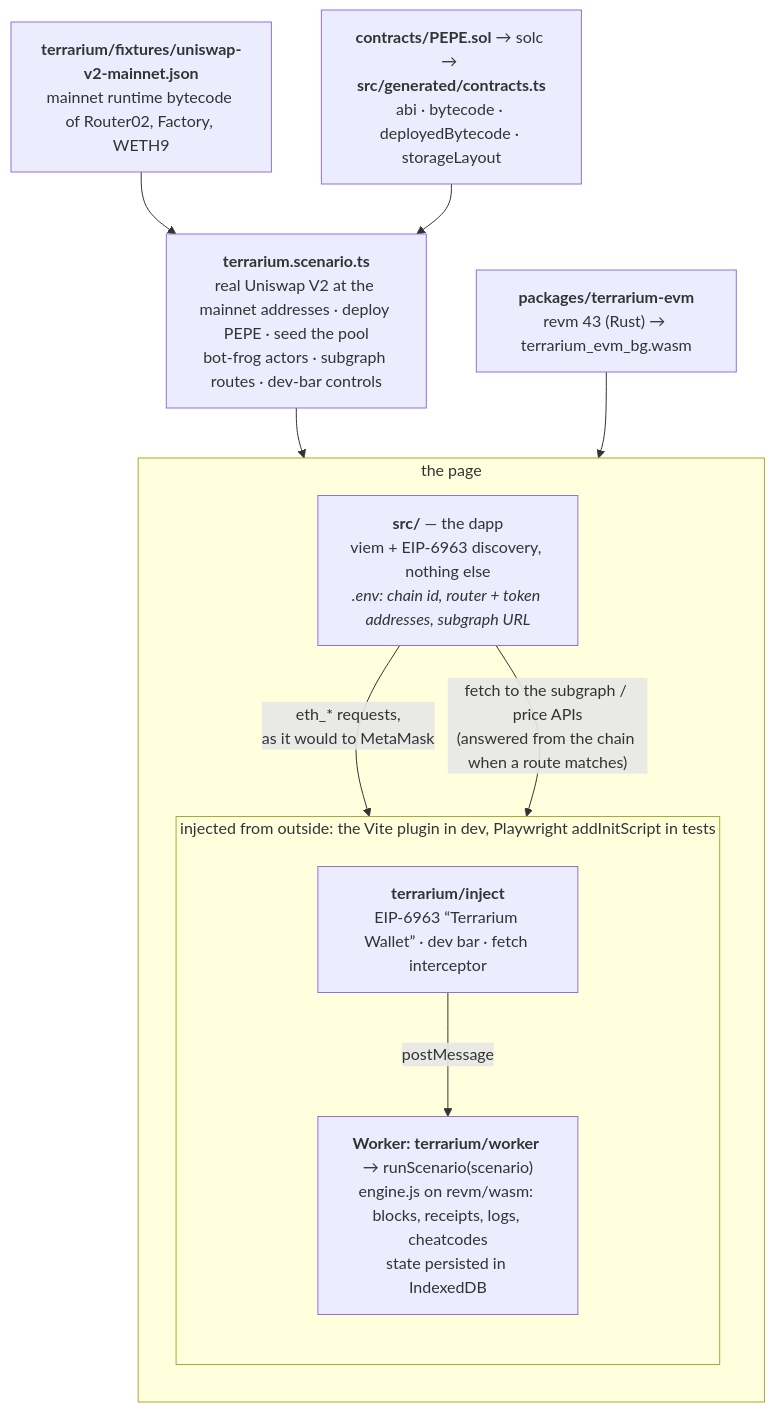
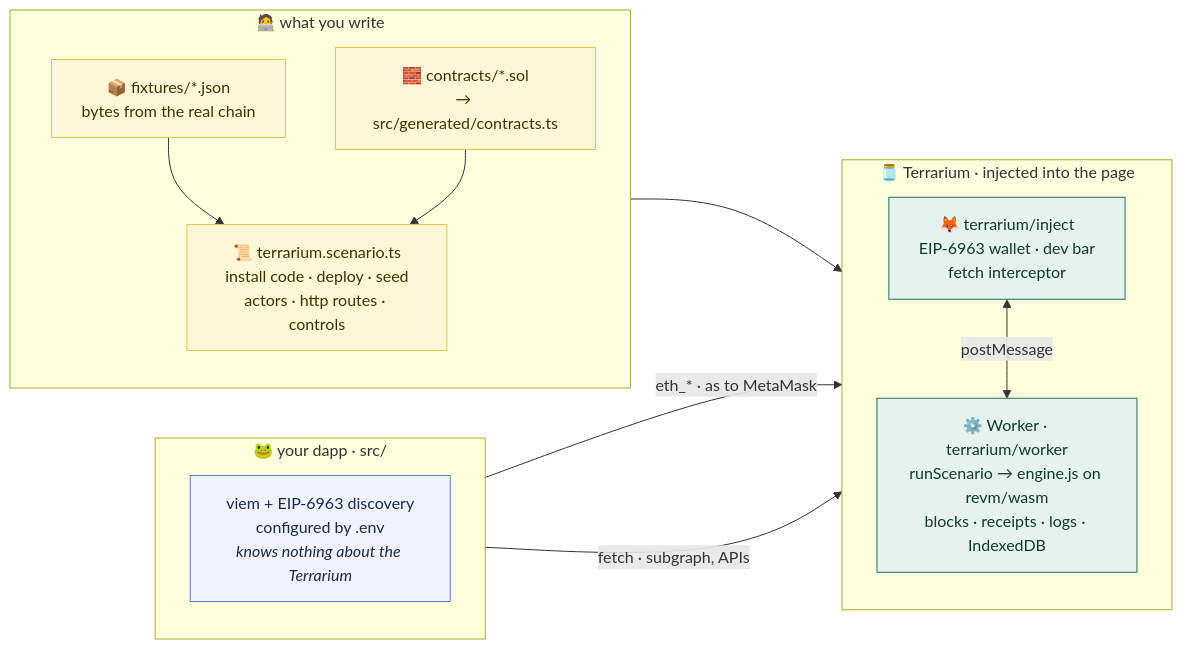
One commit to damarnez/terrarium changed the diagram in README.md. Above: the diagram before and after it, drawn with Mermaid. The commit also changed other lines of this file and 5 other files, not shown here.

````diff
--- a/README.md
+++ b/README.md
@@ -77,19 +111,30 @@
 ```mermaid
-flowchart TB
-  subgraph page["the page"]
+flowchart LR
+  subgraph dapp["🐸 your dapp · src/"]
     direction TB
-    dapp["<b>src/</b> — the dapp<br/>viem + EIP-6963 discovery, nothing else<br/><i>.env: chain id, router + token addresses, subgraph URL</i>"]
-    subgraph injected["injected from outside: the Vite plugin in dev, Playwright addInitScript in tests"]
-      direction TB
-      inject["<b>terrarium/inject</b><br/>EIP-6963 “Terrarium Wallet” · dev bar · fetch interceptor"]
-      worker["<b>Worker: terrarium/worker</b> → runScenario(scenario)<br/>engine.js on revm/wasm: blocks, receipts, logs, cheatcodes<br/>state persisted in IndexedDB"]
-      inject -- postMessage --> worker
-    end
-    dapp -- "eth_* requests,<br/>as it would to MetaMask" --> inject
-    dapp -- "fetch to the subgraph / price APIs<br/>(answered from the chain when a route matches)" --> inject
+    ui["viem + EIP-6963 discovery<br/>configured by .env<br/><i>knows nothing about the Terrarium</i>"]
   end
-  scenario["<b>terrarium.scenario.ts</b><br/>real Uniswap V2 at the mainnet addresses · deploy PEPE · seed the pool<br/>bot-frog actors · subgraph routes · dev-bar controls"] --> worker
-  fixture["<b>terrarium/fixtures/uniswap-v2-mainnet.json</b><br/>mainnet runtime bytecode of Router02, Factory, WETH9"] --> scenario
-  sol["<b>contracts/PEPE.sol</b> → solc → <b>src/generated/contracts.ts</b><br/>abi · bytecode · deployedBytecode · storageLayout"] --> scenario
-  wasm["<b>packages/terrarium-evm</b><br/>revm 43 (Rust) → terrarium_evm_bg.wasm"] --> worker
+  subgraph you["🧑‍💻 what you write"]
+    direction TB
+    scen["📜 terrarium.scenario.ts<br/>install code · deploy · seed<br/>actors · http routes · controls"]
+    fix["📦 fixtures/*.json<br/>bytes from the real chain"]
+    sol["🧱 contracts/*.sol<br/>→ src/generated/contracts.ts"]
+    fix --> scen
+    sol --> scen
+  end
+  subgraph terr["🫙 Terrarium · injected into the page"]
+    direction TB
+    inject["🦊 terrarium/inject<br/>EIP-6963 wallet · dev bar<br/>fetch interceptor"]
+    worker["⚙️ Worker · terrarium/worker<br/>runScenario → engine.js on revm/wasm<br/>blocks · receipts · logs · IndexedDB"]
+    inject <-- "postMessage" --> worker
+  end
+  ui -- "eth_* · as to MetaMask" --> inject
+  ui -- "fetch · subgraph, APIs" --> inject
+  scen --> worker
+  classDef dapp fill:#eef3ff,stroke:#5b7bd5,color:#1b2a4a
+  classDef you fill:#fff7d6,stroke:#e8c547,color:#3d3200
+  classDef terr fill:#e6f2ee,stroke:#1f6f5c,color:#0f3a2e
+  class ui dapp
+  class scen,fix,sol you
+  class inject,worker terr
 ```
````
